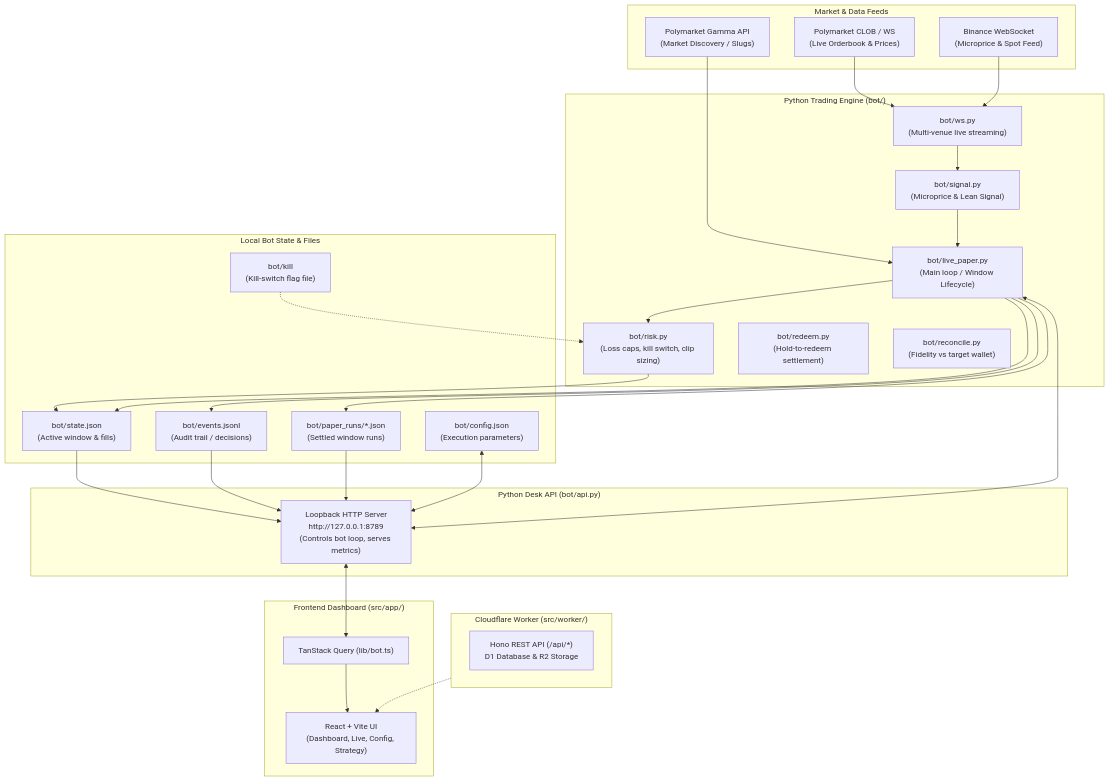
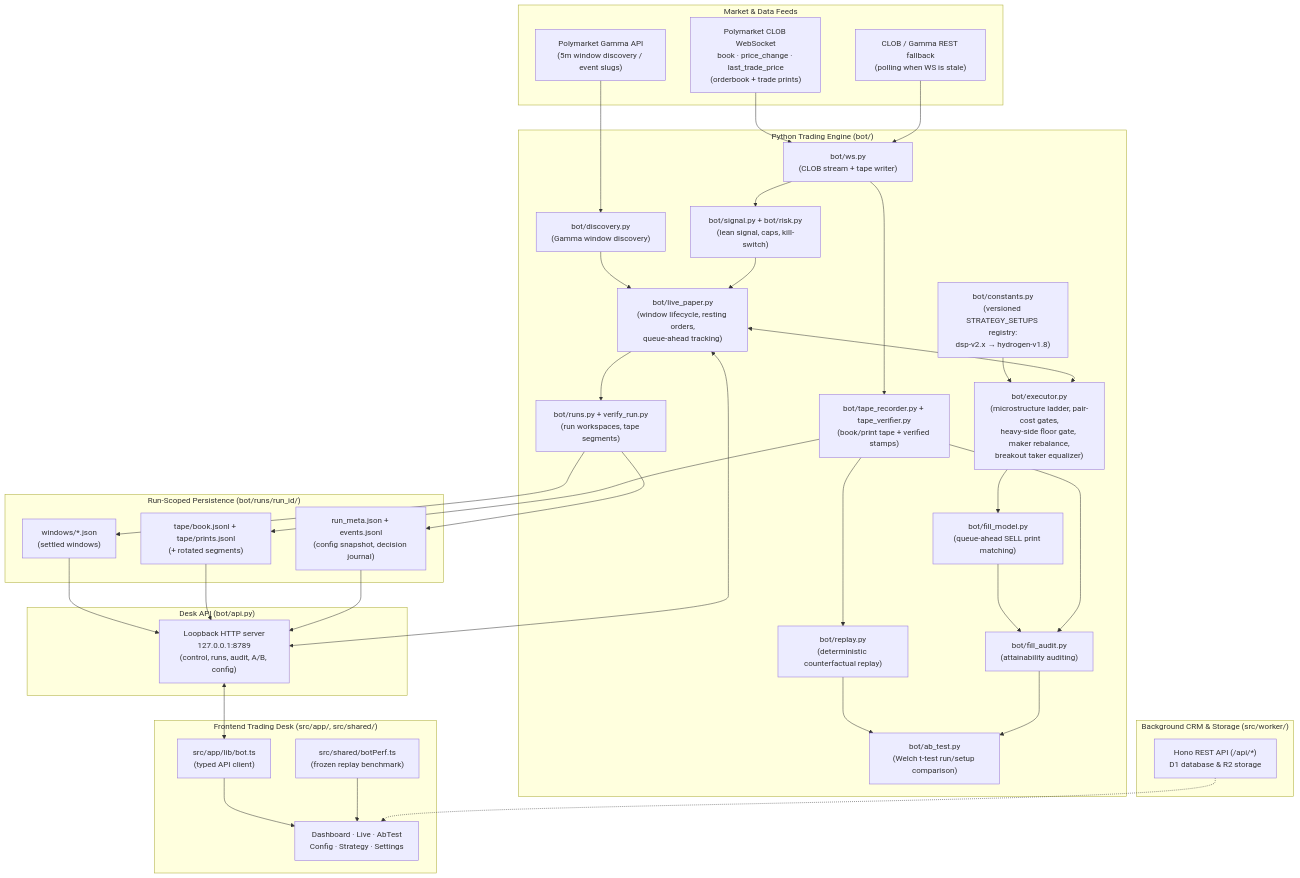
Before and after one commit to AI-Degen-69/dangerously-skip-permissions-Bot: the diagram in docs/architecture.md, drawn with Mermaid. The commit also changed other lines of this file and 5 other files, not shown here.

Commit message:
[DOCS] Update architecture and usage guide to current engine and remove stale v1 docs

````diff
--- a/docs/architecture.md
+++ b/docs/architecture.md
@@ -15,63 +16,71 @@
 ```mermaid
 flowchart TD
     subgraph MarketData ["Market & Data Feeds"]
-        Gamma["Polymarket Gamma API\n(Market Discovery / Slugs)"]
-        CLOB["Polymarket CLOB / WS\n(Live Orderbook & Prices)"]
-        Binance["Binance WebSocket\n(Microprice & Spot Feed)"]
+        Gamma["Polymarket Gamma API<br/>(5m window discovery / event slugs)"]
+        CLOB["Polymarket CLOB WebSocket<br/>book · price_change · last_trade_price<br/>(orderbook + trade prints)"]
+        REST["CLOB / Gamma REST fallback<br/>(polling when WS is stale)"]
     end
 
     subgraph BotEngine ["Python Trading Engine (bot/)"]
-        LivePaper["bot/live_paper.py\n(Main loop / Window Lifecycle)"]
-        Signal["bot/signal.py\n(Microprice & Lean Signal)"]
-        Risk["bot/risk.py\n(Loss caps, kill switch, clip sizing)"]
-        WS["bot/ws.py\n(Multi-venue live streaming)"]
-        Redeem["bot/redeem.py\n(Hold-to-redeem settlement)"]
-        Reconcile["bot/reconcile.py\n(Fidelity vs target wallet)"]
+        Discovery["bot/discovery.py<br/>(Gamma window discovery)"]
+        LivePaper["bot/live_paper.py<br/>(window lifecycle, resting orders,<br/>queue-ahead tracking)"]
+        Executor["bot/executor.py<br/>(microstructure ladder, pair-cost gates,<br/>heavy-side floor gate, maker rebalance,<br/>breakout taker equalizer)"]
+        Constants["bot/constants.py<br/>(versioned STRATEGY_SETUPS registry:<br/>dsp-v2.x → hydrogen-v1.8)"]
+        Signal["bot/signal.py + bot/risk.py<br/>(lean signal, caps, kill-switch)"]
+        WS["bot/ws.py<br/>(CLOB stream + tape writer)"]
+        FillModel["bot/fill_model.py<br/>(queue-ahead SELL print matching)"]
+        FillAudit["bot/fill_audit.py<br/>(attainability auditing)"]
+        Tape["bot/tape_recorder.py + tape_verifier.py<br/>(book/print tape + verified stamps)"]
+        Replay["bot/replay.py<br/>(deterministic counterfactual replay)"]
+        AB["bot/ab_test.py<br/>(Welch t-test run/setup comparison)"]
+        Runs["bot/runs.py + verify_run.py<br/>(run workspaces, tape segments)"]
     end
 
-    subgraph Persistence ["Local Bot State & Files"]
-        StateJson["bot/state.json\n(Active window & fills)"]
-        EventsJsonl["bot/events.jsonl\n(Audit trail / decisions)"]
-        PaperRuns["bot/paper_runs/*.json\n(Settled window runs)"]
-        KillFile["bot/kill\n(Kill-switch flag file)"]
-        ConfigJson["bot/config.json\n(Execution parameters)"]
+    subgraph Persistence ["Run-Scoped Persistence (bot/runs/run_id/)"]
+        Windows["windows/*.json<br/>(settled windows)"]
+        TapeJsonl["tape/book.jsonl + tape/prints.jsonl<br/>(+ rotated segments)"]
+        Meta["run_meta.json + events.jsonl<br/>(config snapshot, decision journal)"]
     end
 
-    subgraph DeskAPI ["Python Desk API (bot/api.py)"]
-        PyAPI["Loopback HTTP Server\nhttp://127.0.0.1:8789\n(Controls bot loop, serves metrics)"]
+    subgraph DeskAPI ["Desk API (bot/api.py)"]
+        PyAPI["Loopback HTTP server<br/>127.0.0.1:8789<br/>(control, runs, audit, A/B, config)"]
     end
 
-    subgraph FrontendDesk ["Frontend Dashboard (src/app/)"]
-        ReactApp["React + Vite UI\n(Dashboard, Live, Config, Strategy)"]
-        TanStackQuery["TanStack Query (lib/bot.ts)"]
+    subgraph FrontendDesk ["Frontend Trading Desk (src/app/, src/shared/)"]
+        Pages["Dashboard · Live · AbTest<br/>Config · Strategy · Settings"]
+        BotClient["src/app/lib/bot.ts<br/>(typed API client)"]
+        BotPerf["src/shared/botPerf.ts<br/>(frozen replay benchmark)"]
     end
 
-    subgraph Worker ["Cloudflare Worker (src/worker/)"]
-        HonoAPI["Hono REST API (/api/*)\nD1 Database & R2 Storage"]
+    subgraph Worker ["Background CRM & Storage (src/worker/)"]
+        HonoAPI["Hono REST API (/api/*)<br/>D1 database & R2 storage"]
     end
 
-    %% Data flow connections
-    Gamma --> LivePaper
-    CLOB --> WS
-    Binance --> WS
-    WS --> Signal
-    Signal --> LivePaper
-    LivePaper --> Risk
-    Risk --> StateJson
-    LivePaper --> StateJson
-    LivePaper --> EventsJsonl
-    LivePaper --> PaperRuns
-    KillFile -.-> Risk
+    %% Data flow
+    Gamma --> Discovery --> LivePaper
+    CLOB --> WS --> Signal --> LivePaper
+    REST --> WS
+    Constants --> Executor
+    LivePaper <--> Executor
+    Executor --> FillModel
+    WS --> Tape
+    FillModel --> FillAudit
+    Tape --> FillAudit
+    Tape --> Replay
+    Replay --> AB
+    FillAudit --> AB
+    LivePaper --> Runs
+    Runs --> Windows
+    Tape --> TapeJsonl
+    Runs --> Meta
 
-    %% API connections
-    StateJson --> PyAPI
-    EventsJsonl --> PyAPI
-    PaperRuns --> PyAPI
-    ConfigJson <--> PyAPI
+    %% API + frontend
+    Windows --> PyAPI
+    TapeJsonl --> PyAPI
+    Meta --> PyAPI
     PyAPI <--> LivePaper
-
-    %% Frontend connections
-    PyAPI <--> TanStackQuery
-    TanStackQuery --> ReactApp
-    Worker -.-> ReactApp
+    PyAPI <--> BotClient
+    BotClient --> Pages
+    BotPerf --> Pages
+    HonoAPI -.-> Pages
 ```
````
